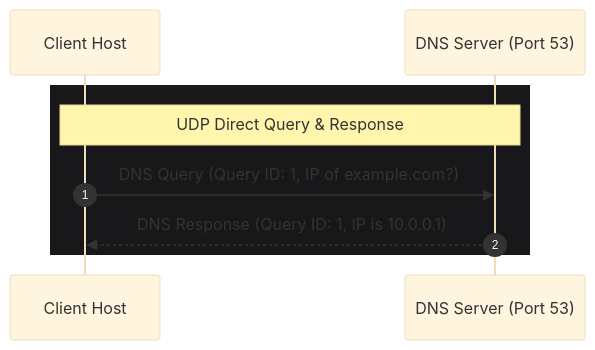
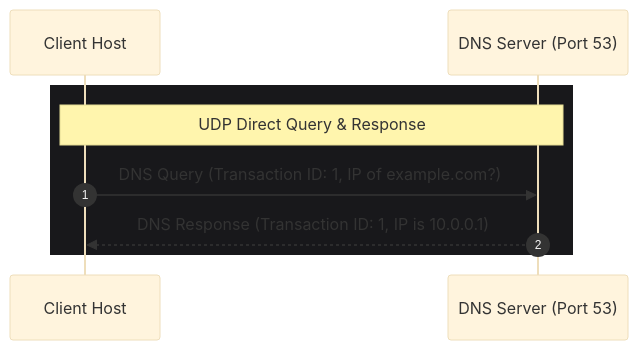
One commit to ayuslharora/blog-ayuslh changed the fifth of 6 diagrams in content/posts/networking/ch13-user-datagram-protocol-udp.mdx. Above: the diagram before and after it, drawn with Mermaid (base theme). The commit also changed other lines of this file, not shown here.

Commit message:
Update DNS Transaction ID terminology in UDP post

````diff
--- a/content/posts/networking/ch13-user-datagram-protocol-udp.mdx
+++ b/content/posts/networking/ch13-user-datagram-protocol-udp.mdx
@@ -191,12 +191,12 @@
 ```mermaid
 sequenceDiagram
     autonumber
     participant Client as Client Host
     participant DNS as DNS Server (Port 53)
 
     rect rgb(24, 24, 27)
     Note over Client,DNS: UDP Direct Query & Response
-    Client->>DNS: DNS Query (Query ID: 1, IP of example.com?)
-    DNS-->>Client: DNS Response (Query ID: 1, IP is 10.0.0.1)
+    Client->>DNS: DNS Query (Transaction ID: 1, IP of example.com?)
+    DNS-->>Client: DNS Response (Transaction ID: 1, IP is 10.0.0.1)
     end
 ```
````
